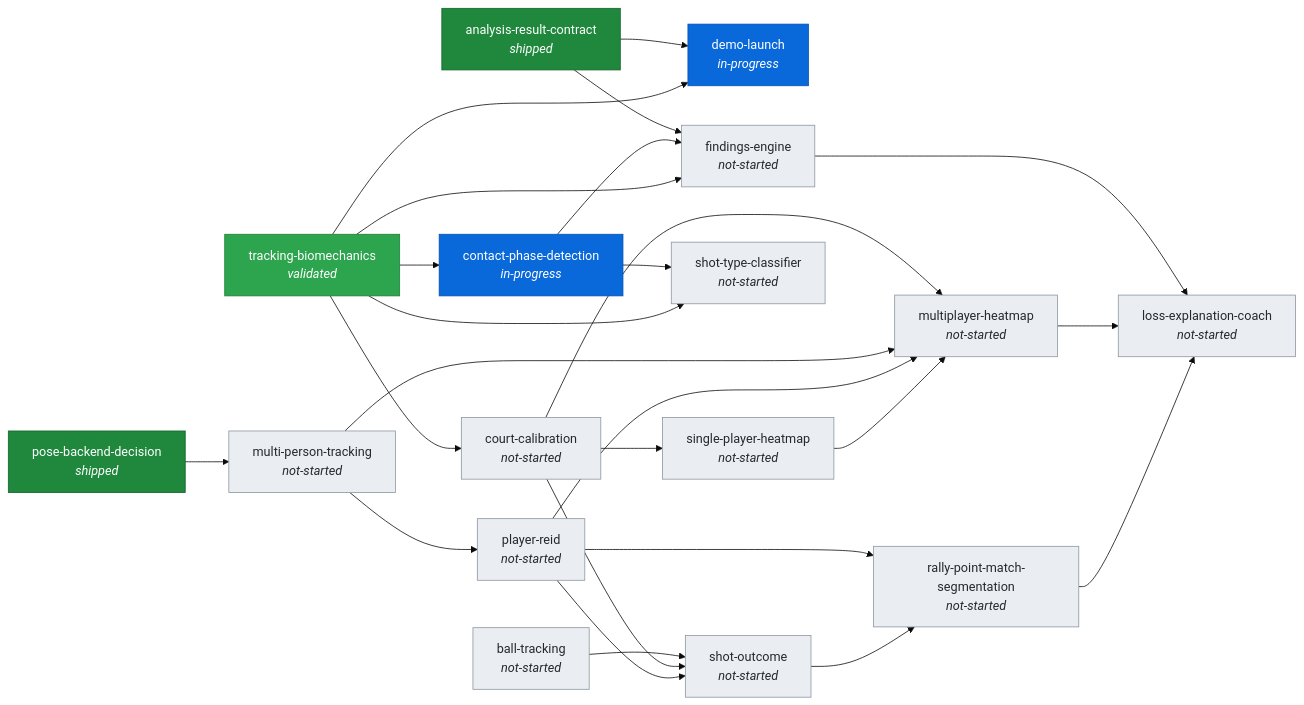
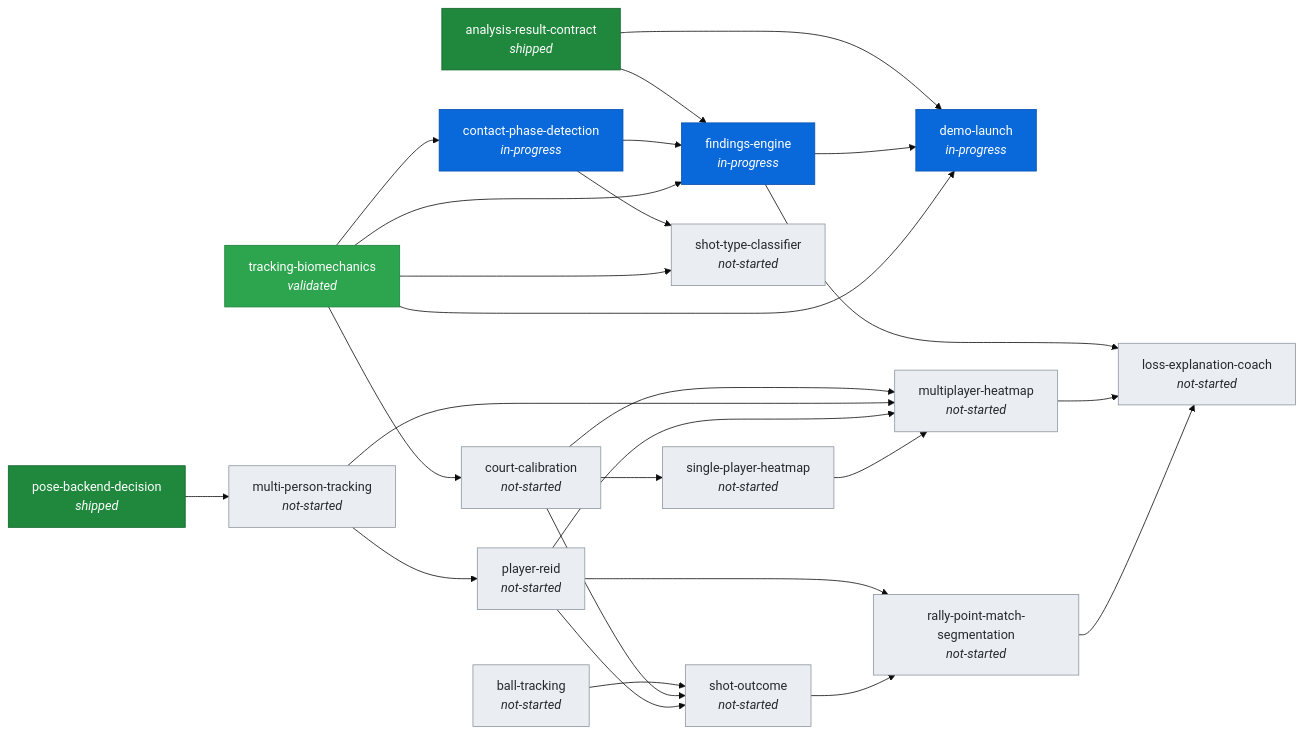
The diagram in docs/ROADMAP.md (imaad0701-coder/SquashAI), drawn with Mermaid (base theme) before and after one commit. The commit also changed other lines of this file and 11 other files, not shown here.

First line of the commit message:
Demo: upload pre-flight, findings view, six outcome states, session history

````diff
--- a/docs/ROADMAP.md
+++ b/docs/ROADMAP.md
@@ -12,53 +12,54 @@
 ```mermaid
 graph LR
     analysis_result_contract["analysis-result-contract<br/><i>shipped</i>"]
     ball_tracking["ball-tracking<br/><i>not-started</i>"]
     contact_phase_detection["contact-phase-detection<br/><i>in-progress</i>"]
     court_calibration["court-calibration<br/><i>not-started</i>"]
     demo_launch["demo-launch<br/><i>in-progress</i>"]
-    findings_engine["findings-engine<br/><i>not-started</i>"]
+    findings_engine["findings-engine<br/><i>in-progress</i>"]
     loss_explanation_coach["loss-explanation-coach<br/><i>not-started</i>"]
     multi_person_tracking["multi-person-tracking<br/><i>not-started</i>"]
     multiplayer_heatmap["multiplayer-heatmap<br/><i>not-started</i>"]
     player_reid["player-reid<br/><i>not-started</i>"]
     pose_backend_decision["pose-backend-decision<br/><i>shipped</i>"]
     rally_point_match_segmentation["rally-point-match-segmentation<br/><i>not-started</i>"]
     shot_outcome["shot-outcome<br/><i>not-started</i>"]
     shot_type_classifier["shot-type-classifier<br/><i>not-started</i>"]
     single_player_heatmap["single-player-heatmap<br/><i>not-started</i>"]
     tracking_biomechanics["tracking-biomechanics<br/><i>validated</i>"]
     tracking_biomechanics --> contact_phase_detection
     tracking_biomechanics --> court_calibration
     analysis_result_contract --> demo_launch
+    findings_engine --> demo_launch
     tracking_biomechanics --> demo_launch
     analysis_result_contract --> findings_engine
     contact_phase_detection --> findings_engine
     tracking_biomechanics --> findings_engine
     findings_engine --> loss_explanation_coach
     multiplayer_heatmap --> loss_explanation_coach
     rally_point_match_segmentation --> loss_explanation_coach
     pose_backend_decision --> multi_person_tracking
     court_calibration --> multiplayer_heatmap
     multi_person_tracking --> multiplayer_heatmap
     player_reid --> multiplayer_heatmap
     single_player_heatmap --> multiplayer_heatmap
     multi_person_tracking --> player_reid
     player_reid --> rally_point_match_segmentation
     shot_outcome --> rally_point_match_segmentation
     ball_tracking --> shot_outcome
     court_calibration --> shot_outcome
     player_reid --> shot_outcome
     contact_phase_detection --> shot_type_classifier
     tracking_biomechanics --> shot_type_classifier
     court_calibration --> single_player_heatmap
     classDef shipped fill:#1f883d,stroke:#116329,color:#ffffff
     classDef validated fill:#2da44e,stroke:#1a7f37,color:#ffffff
     classDef in_progress fill:#0969da,stroke:#0550ae,color:#ffffff
     classDef research fill:#8250df,stroke:#6639ba,color:#ffffff
     classDef blocked fill:#cf222e,stroke:#a40e26,color:#ffffff
     classDef not_started fill:#eaeef2,stroke:#8c959f,color:#24292f
     class analysis_result_contract,pose_backend_decision shipped
     class tracking_biomechanics validated
-    class contact_phase_detection,demo_launch in_progress
-    class ball_tracking,court_calibration,findings_engine,loss_explanation_coach,multi_person_tracking,multiplayer_heatmap,player_reid,rally_point_match_segmentation,shot_outcome,shot_type_classifier,single_player_heatmap not_started
+    class contact_phase_detection,demo_launch,findings_engine in_progress
+    class ball_tracking,court_calibration,loss_explanation_coach,multi_person_tracking,multiplayer_heatmap,player_reid,rally_point_match_segmentation,shot_outcome,shot_type_classifier,single_player_heatmap not_started
 ```
````
